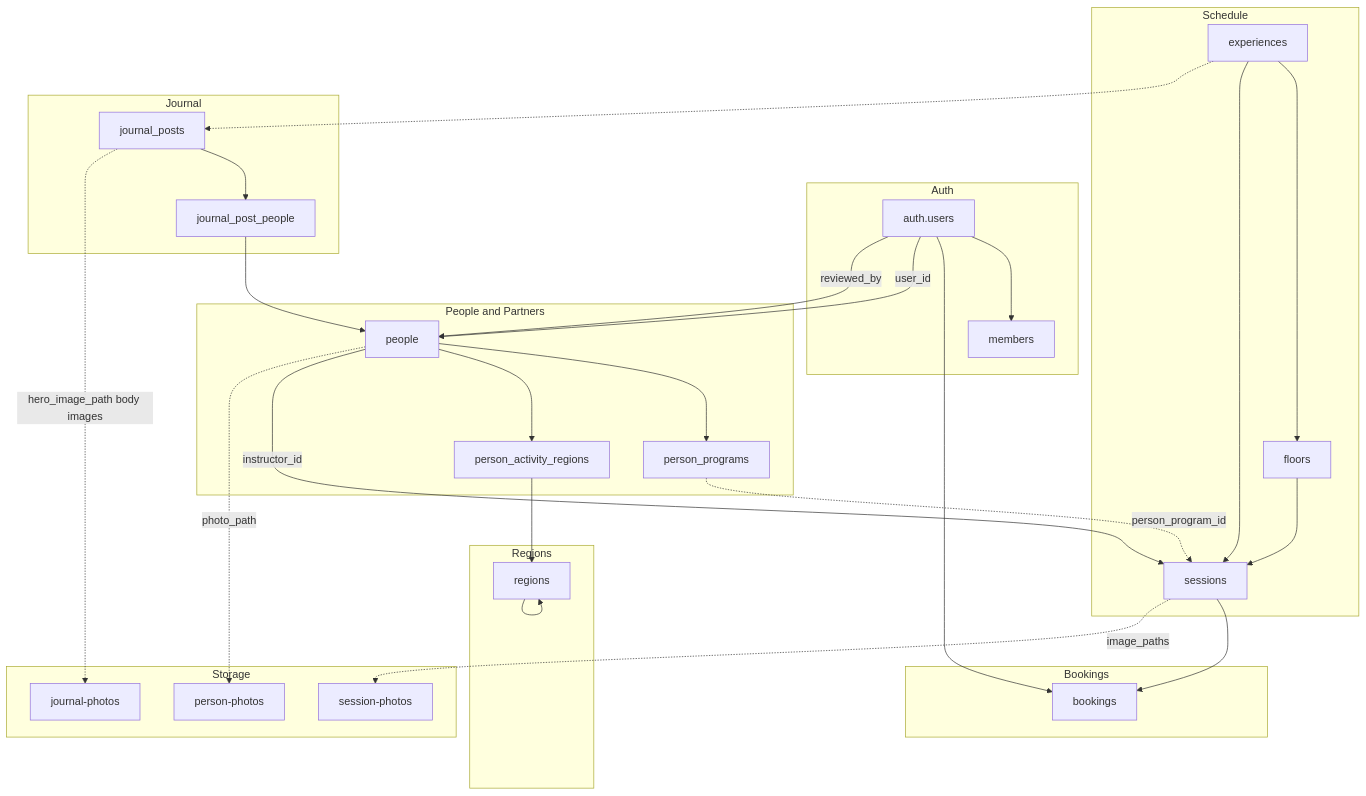
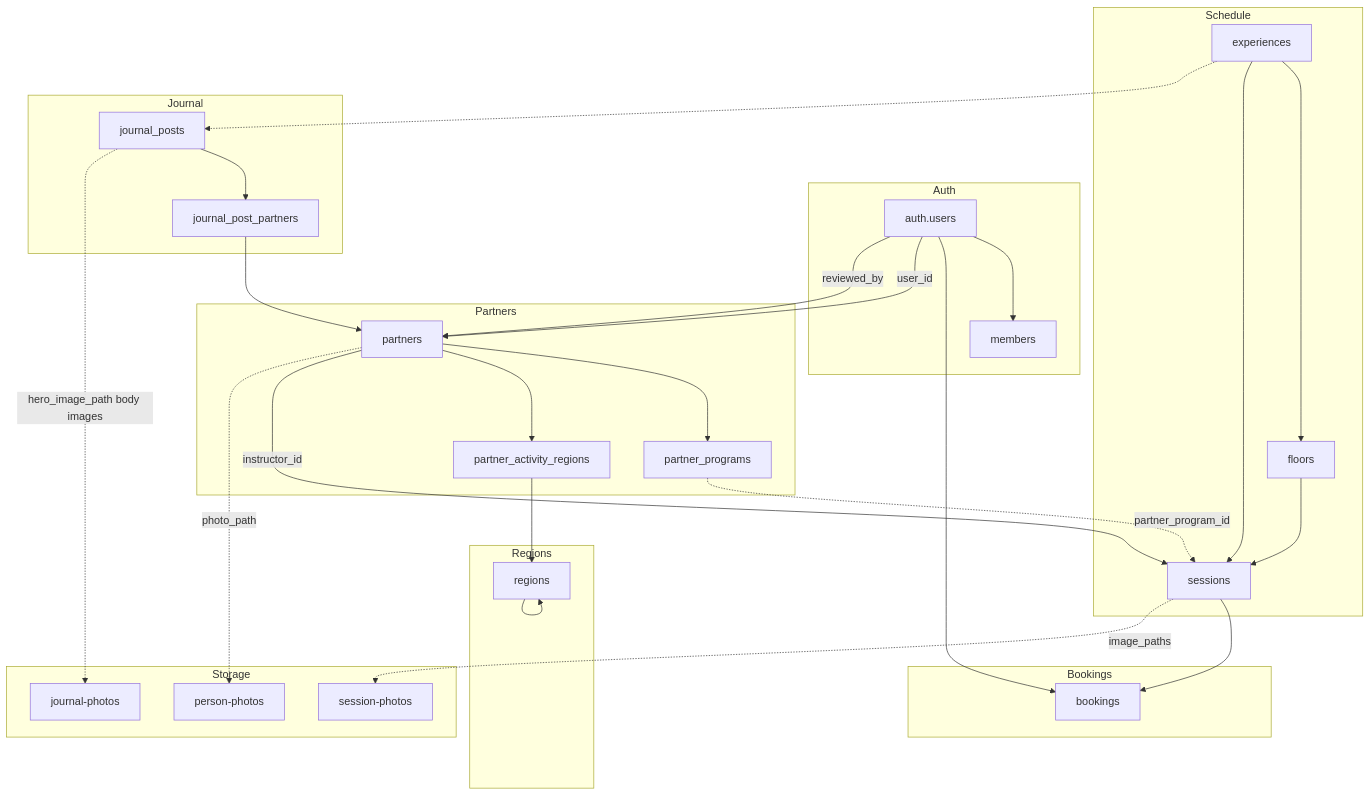
The second of 3 diagrams in docs/database-erd.md (greatgiho/thewellnesskorea), drawn with Mermaid before and after one commit. The commit also changed other lines of this file and 126 other files, not shown here.

First line of the commit message:
Rename people domain to partners and align app with migrations 019–022.

````diff
--- a/docs/database-erd.md
+++ b/docs/database-erd.md
@@ -200,59 +215,59 @@
 ```mermaid
 flowchart TB
     subgraph auth_domain [Auth]
         AU[auth.users]
         M[members]
         AU --> M
     end
 
-    subgraph people_domain [People and Partners]
-        P[people]
-        PP[person_programs]
-        PAR[person_activity_regions]
+    subgraph partners_domain [Partners]
+        P[partners]
+        PP[partner_programs]
+        PAR[partner_activity_regions]
         P --> PP
         P --> PAR
     end
 
     subgraph geo_domain [Regions]
         R[regions]
         R --> R
         PAR --> R
     end
 
     subgraph schedule_domain [Schedule]
         E[experiences]
         F[floors]
         S[sessions]
         E --> F
         F --> S
         E --> S
     end
 
     subgraph booking_domain [Bookings]
         B[bookings]
         S --> B
         AU --> B
     end
 
     subgraph journal_domain [Journal]
         JP[journal_posts]
-        JPP[journal_post_people]
+        JPP[journal_post_partners]
         JP --> JPP
         JPP --> P
         E -.-> JP
     end
 
     subgraph storage_domain [Storage]
         BP[person-photos]
         BS[session-photos]
         BJ[journal-photos]
     end
 
     AU -->|user_id| P
     AU -->|reviewed_by| P
     P -->|instructor_id| S
-    PP -.->|person_program_id| S
+    PP -.->|partner_program_id| S
     P -.->|photo_path| BP
     S -.->|image_paths| BS
     JP -.->|hero_image_path body images| BJ
 ```
````
